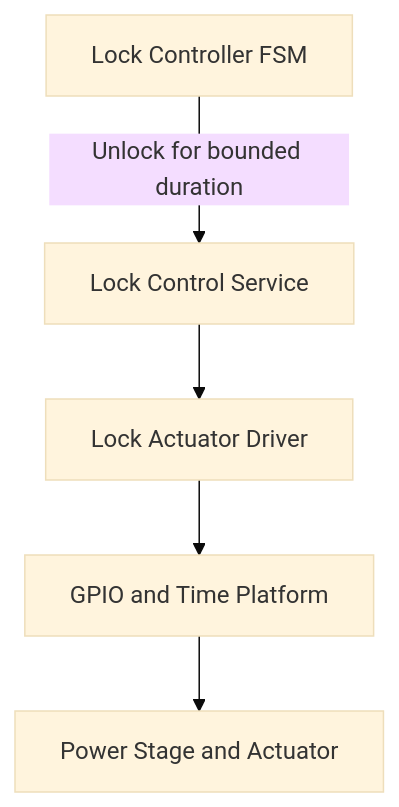
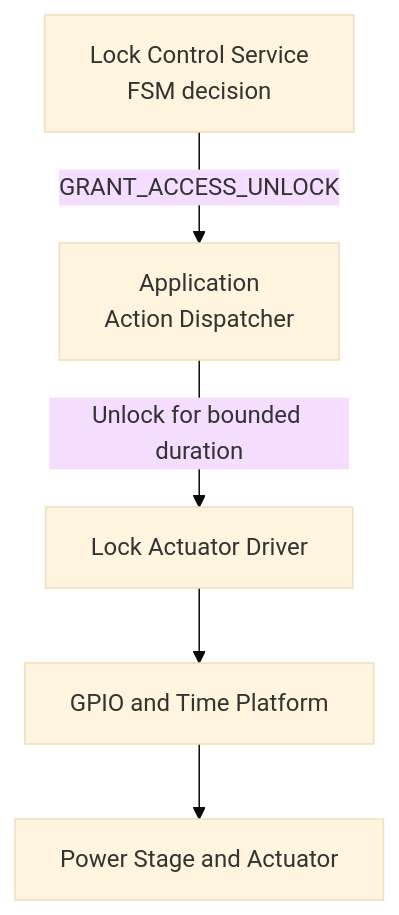
One commit to JP-REY/STM32F103C8T6-Based-Electronic-Lock changed the eighth of 16 diagrams in README.md. Above: the diagram before and after it, drawn with Mermaid (base theme). The commit also changed other lines of this file and 8 other files, not shown here.

First line of the commit message:
feature(lock-control-service): add table-driven lock FSM service

````diff
--- a/README.md
+++ b/README.md
@@ -807,13 +822,13 @@
 ```mermaid
 flowchart TB
-    FSM["Lock Controller FSM"]
-    SERVICE["Lock Control Service"]
+    SERVICE["Lock Control Service<br/>FSM decision"]
+    APP["Application<br/>Action Dispatcher"]
     DRIVER["Lock Actuator Driver"]
     GPIO["GPIO and Time Platform"]
     STAGE["Power Stage and Actuator"]
 
-    FSM -->|"Unlock for bounded duration"| SERVICE
-    SERVICE --> DRIVER
+    SERVICE -->|"GRANT_ACCESS_UNLOCK"| APP
+    APP -->|"Unlock for bounded duration"| DRIVER
     DRIVER --> GPIO
     GPIO --> STAGE
 ```
````
